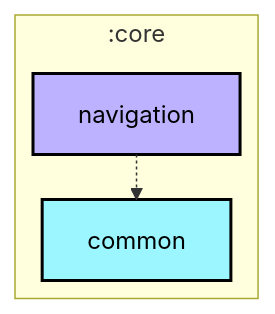
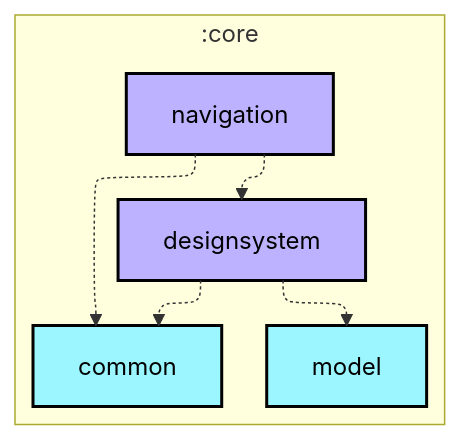
Before and after one commit to infinitezerone/MiniBgm: the first of 2 diagrams in core/navigation/README.md, drawn with Mermaid. The commit also changed 8 other files, not shown here.

Commit message:
docs: sync module dependency graphs across READMEs

````diff
--- a/core/navigation/README.md
+++ b/core/navigation/README.md
@@ -21,22 +21,27 @@
 ```mermaid
 ---
 config:
   layout: elk
   elk:
     nodePlacementStrategy: SIMPLE
 ---
 graph TB
   subgraph :core
     direction TB
     :core:common[common]:::kmp-library
+    :core:designsystem[designsystem]:::android-library
+    :core:model[model]:::kmp-library
     :core:navigation[navigation]:::android-library
   end
 
+  :core:designsystem -.-> :core:common
+  :core:designsystem -.-> :core:model
   :core:navigation -.-> :core:common
+  :core:navigation -.-> :core:designsystem
 
 classDef android-application fill:#CAFFBF,stroke:#000,stroke-width:2px,color:#000;
 classDef android-feature fill:#FFD6A5,stroke:#000,stroke-width:2px,color:#000;
 classDef kmp-library fill:#9BF6FF,stroke:#000,stroke-width:2px,color:#000;
 classDef android-library fill:#BDB2FF,stroke:#000,stroke-width:2px,color:#000;
 classDef unknown fill:#FFADAD,stroke:#000,stroke-width:2px,color:#000;
 ```
````
